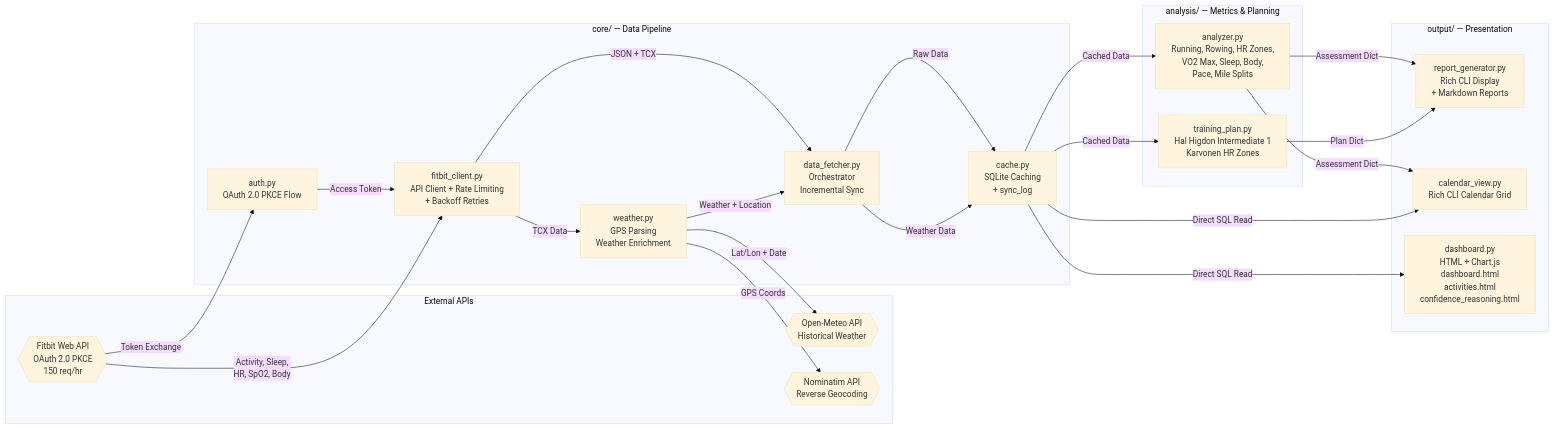
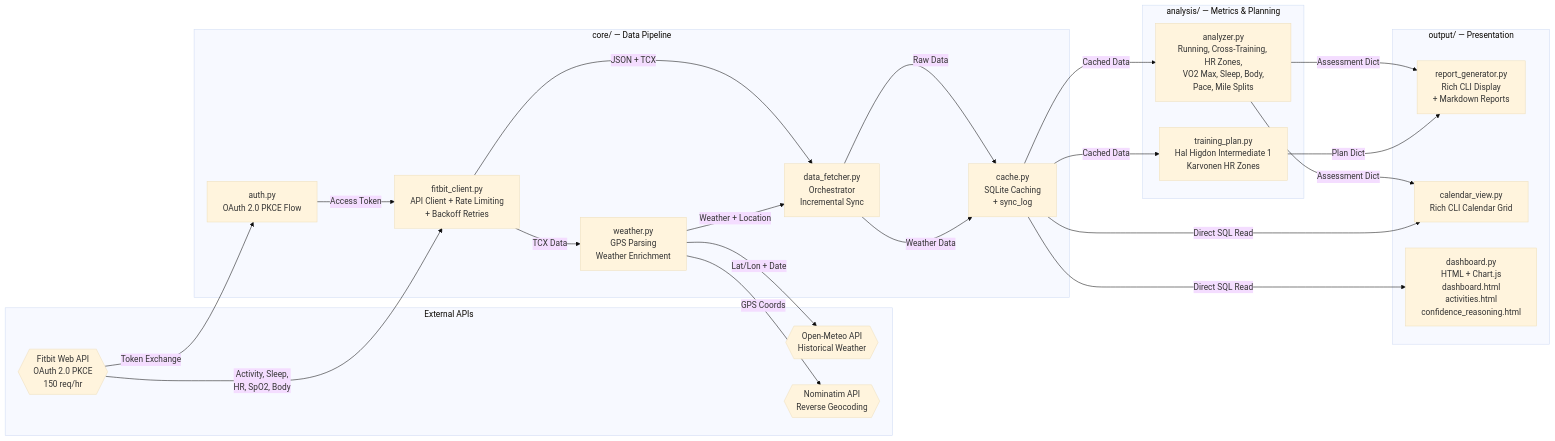
One commit to JFolberth/RunningCoach changed the second of 3 diagrams in docs/architecture.md. Above: the diagram before and after it, drawn with Mermaid (base theme). The commit also changed other lines of this file and 3 other files, not shown here.

First line of the commit message:
fix: update documentation to reflect configurable race goal and cross-training

````diff
--- a/docs/architecture.md
+++ b/docs/architecture.md
@@ -46,46 +46,46 @@
 ```mermaid
 graph LR
     subgraph External APIs
         FitbitAPI{{Fitbit Web API<br/>OAuth 2.0 PKCE<br/>150 req/hr}}
         OpenMeteo{{Open-Meteo API<br/>Historical Weather}}
         Nominatim{{Nominatim API<br/>Reverse Geocoding}}
     end
 
     subgraph "core/ — Data Pipeline"
         Auth["auth.py<br/>OAuth 2.0 PKCE Flow"]
         Client["fitbit_client.py<br/>API Client + Rate Limiting<br/>+ Backoff Retries"]
         Fetcher["data_fetcher.py<br/>Orchestrator<br/>Incremental Sync"]
         Weather["weather.py<br/>GPS Parsing<br/>Weather Enrichment"]
         Cache["cache.py<br/>SQLite Caching<br/>+ sync_log"]
     end
 
     subgraph "analysis/ — Metrics & Planning"
-        Analyzer["analyzer.py<br/>Running, Rowing, HR Zones,<br/>VO2 Max, Sleep, Body,<br/>Pace, Mile Splits"]
+        Analyzer["analyzer.py<br/>Running, Cross-Training, HR Zones,<br/>VO2 Max, Sleep, Body,<br/>Pace, Mile Splits"]
         Plan["training_plan.py<br/>Hal Higdon Intermediate 1<br/>Karvonen HR Zones"]
     end
 
     subgraph "output/ — Presentation"
         Report["report_generator.py<br/>Rich CLI Display<br/>+ Markdown Reports"]
         Calendar["calendar_view.py<br/>Rich CLI Calendar Grid"]
         Dashboard["dashboard.py<br/>HTML + Chart.js<br/>dashboard.html<br/>activities.html<br/>confidence_reasoning.html"]
     end
 
     FitbitAPI -->|Token Exchange| Auth
     Auth -->|Access Token| Client
     FitbitAPI -->|Activity, Sleep,<br/>HR, SpO2, Body| Client
     Client -->|JSON + TCX| Fetcher
     Fetcher -->|Raw Data| Cache
     Client -->|TCX Data| Weather
     Weather -->|GPS Coords| Nominatim
     Weather -->|Lat/Lon + Date| OpenMeteo
     Weather -->|Weather + Location| Fetcher
     Fetcher -->|Weather Data| Cache
 
     Cache -->|Cached Data| Analyzer
     Cache -->|Cached Data| Plan
     Analyzer -->|Assessment Dict| Report
     Analyzer -->|Assessment Dict| Calendar
     Plan -->|Plan Dict| Report
     Cache -->|Direct SQL Read| Dashboard
     Cache -->|Direct SQL Read| Calendar
 ```
````
